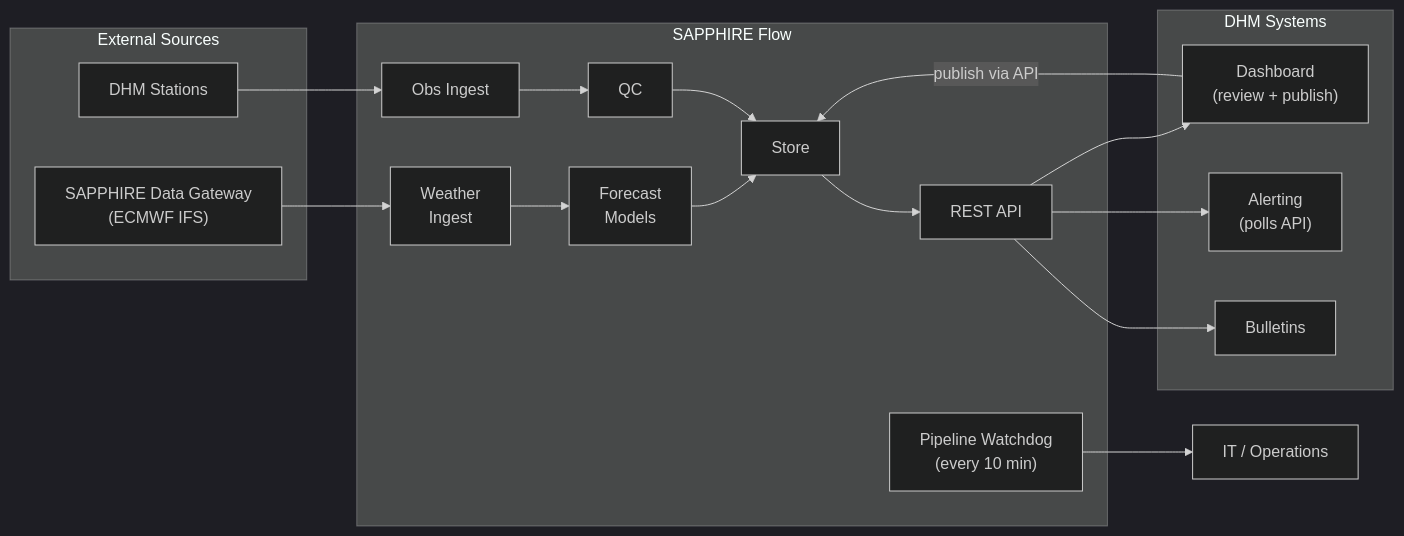
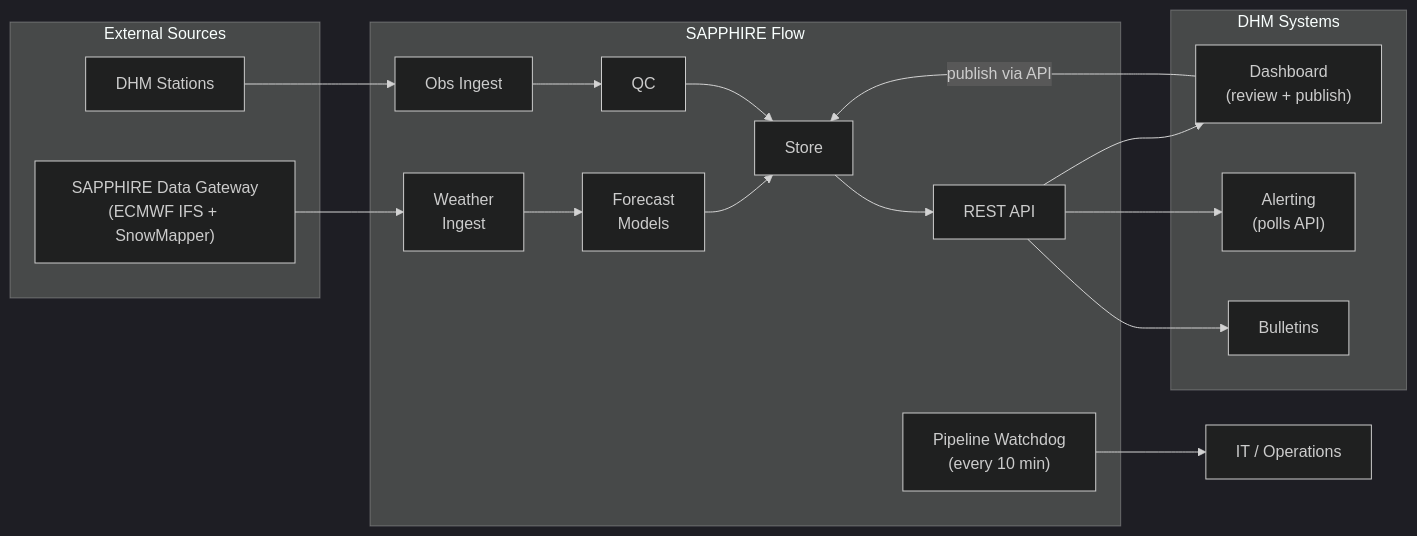
Before and after one commit to hydrosolutions/SAPPHIRE_flow: the diagram in docs/handover/data-flows.md, drawn with Mermaid (dark theme). The commit also changed other lines of this file and 2 other files, not shown here.

First line of the commit message:
docs(handover): add forecast spec, SnowMapper, and operational clarifications

````diff
--- a/docs/handover/data-flows.md
+++ b/docs/handover/data-flows.md
@@ -21,28 +23,28 @@
 ```mermaid
 graph LR
     subgraph External Sources
-        GW["SAPPHIRE Data Gateway<br/>(ECMWF IFS)"]
+        GW["SAPPHIRE Data Gateway<br/>(ECMWF IFS + SnowMapper)"]
         DHM["DHM Stations"]
     end
 
     subgraph SAPPHIRE Flow
         WI["Weather<br/>Ingest"] --> FM["Forecast<br/>Models"] --> ST["Store"]
         OI["Obs Ingest"] --> QC["QC"] --> ST
         ST --> API["REST API"]
         PW["Pipeline Watchdog<br/>(every 10 min)"]
     end
 
     subgraph DHM Systems
         DB["Dashboard<br/>(review + publish)"]
         AL["Alerting<br/>(polls API)"]
         BU["Bulletins"]
     end
 
     GW --> WI
     DHM --> OI
     API --> DB
     DB -->|"publish via API"| ST
     API --> AL
     API --> BU
     PW --> ITOPS["IT / Operations"]
 ```
````
